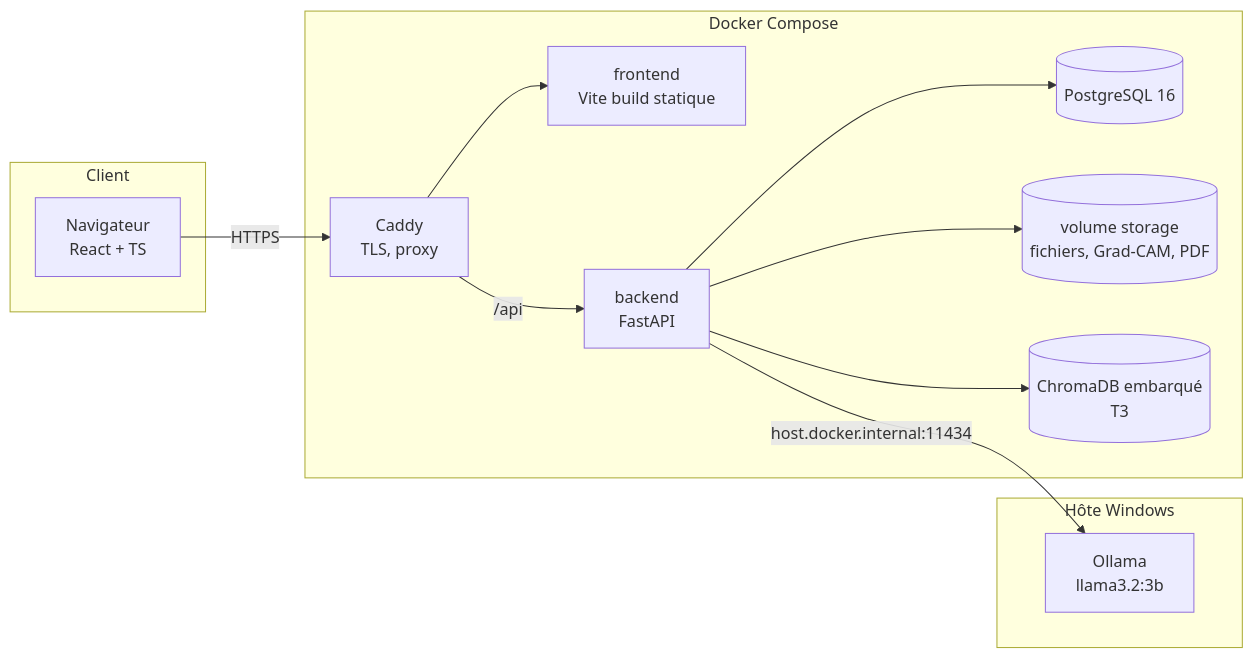
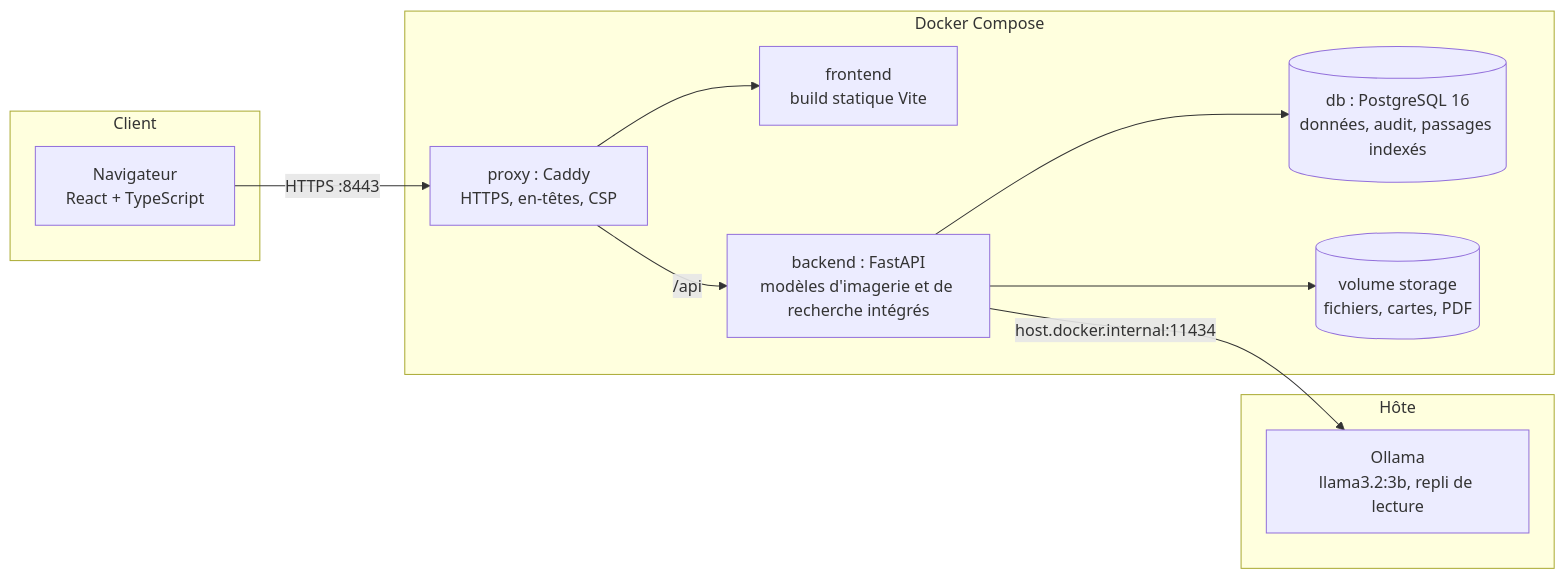
Before and after one commit to Amaranix/MediMind: the first of 2 diagrams in docs/architecture.md, drawn with Mermaid. The commit also changed other lines of this file and 27 other files, not shown here.

````diff
--- a/docs/architecture.md
+++ b/docs/architecture.md
@@ -7,24 +7,22 @@
 ```mermaid
 flowchart LR
   subgraph Client
-    B[Navigateur<br/>React + TS]
+    B[Navigateur<br/>React + TypeScript]
   end
   subgraph Docker Compose
-    P[Caddy<br/>TLS, proxy]
-    FE[frontend<br/>Vite build statique]
-    API[backend<br/>FastAPI]
-    DB[(PostgreSQL 16)]
-    FS[(volume storage<br/>fichiers, Grad-CAM, PDF)]
-    VEC[(ChromaDB embarqué<br/>T3)]
+    P[proxy : Caddy<br/>HTTPS, en-têtes, CSP]
+    FE[frontend<br/>build statique Vite]
+    API[backend : FastAPI<br/>modèles d'imagerie et de recherche intégrés]
+    DB[(db : PostgreSQL 16<br/>données, audit, passages indexés)]
+    FS[(volume storage<br/>fichiers, cartes, PDF)]
   end
-  subgraph Hôte Windows
-    OL[Ollama<br/>llama3.2:3b]
+  subgraph Hôte
+    OL[Ollama<br/>llama3.2:3b, repli de lecture]
   end
-  B -- HTTPS --> P
+  B -- HTTPS :8443 --> P
   P --> FE
   P -- /api --> API
   API --> DB
   API --> FS
-  API --> VEC
   API -- host.docker.internal:11434 --> OL
 ```
````
